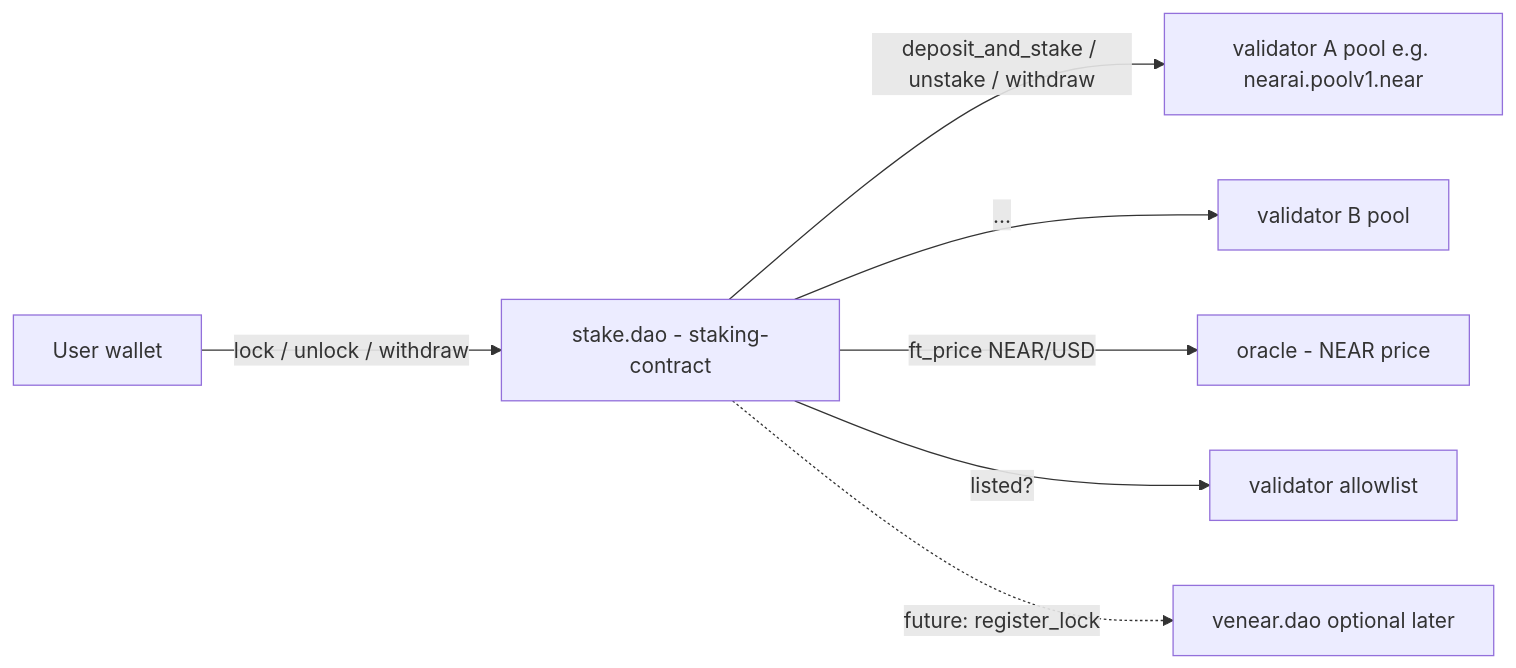
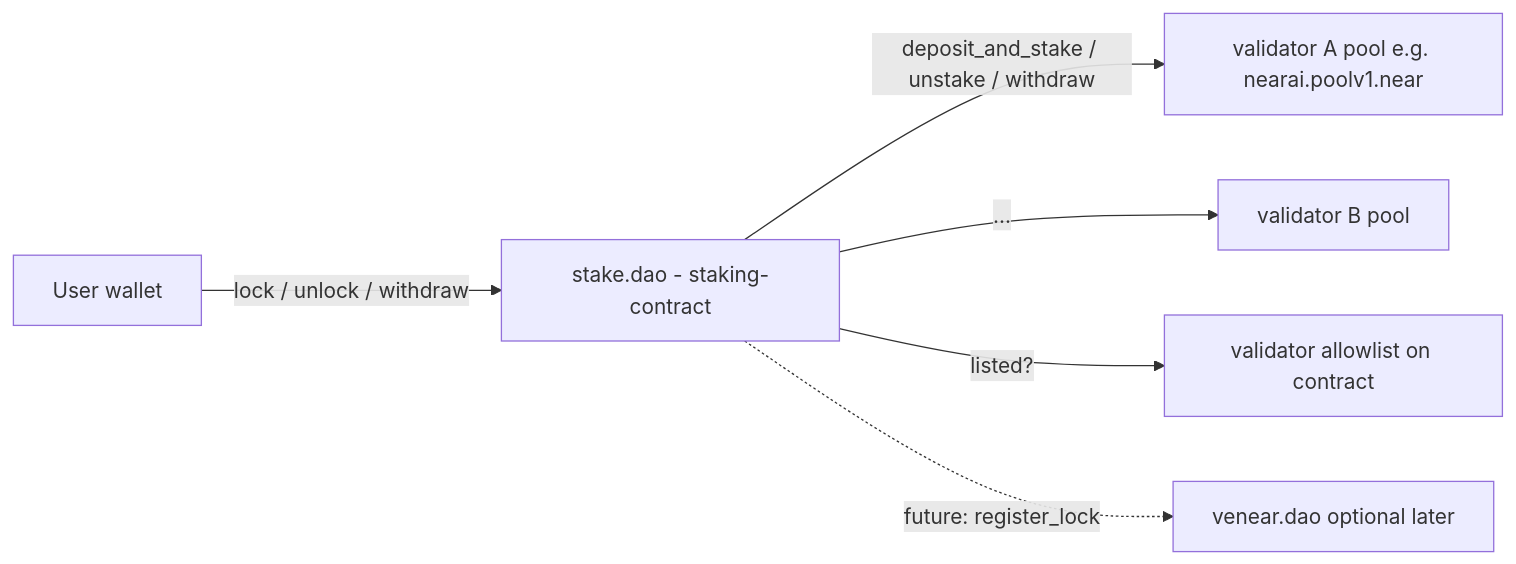
The diagram in staking-contract/docs/DESIGN.md (nearai/house-of-stake-contracts), drawn with Mermaid before and after one commit. The commit also changed other lines of this file and 11 other files, not shown here.

````diff
--- a/staking-contract/docs/DESIGN.md
+++ b/staking-contract/docs/DESIGN.md
@@ -26,17 +27,15 @@
 ```mermaid
 flowchart LR
     user[User wallet]
     stakeDao[stake.dao - staking-contract]
-    oracle[oracle - NEAR price]
-    allowlist[validator allowlist]
+    allowlist[validator allowlist on contract]
     poolA[validator A pool e.g. nearai.poolv1.near]
     poolB[validator B pool]
     venearDao[venear.dao optional later]
 
     user -- "lock / unlock / withdraw" --> stakeDao
     stakeDao -- "deposit_and_stake / unstake / withdraw" --> poolA
     stakeDao -- "..." --> poolB
-    stakeDao -- "ft_price NEAR/USD" --> oracle
     stakeDao -- "listed?" --> allowlist
     stakeDao -. "future: register_lock" .-> venearDao
 ```
````
